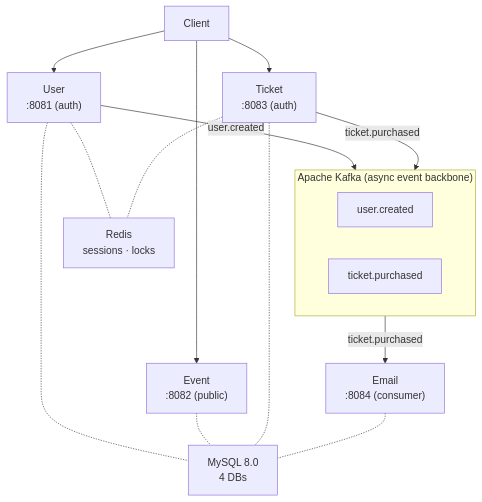
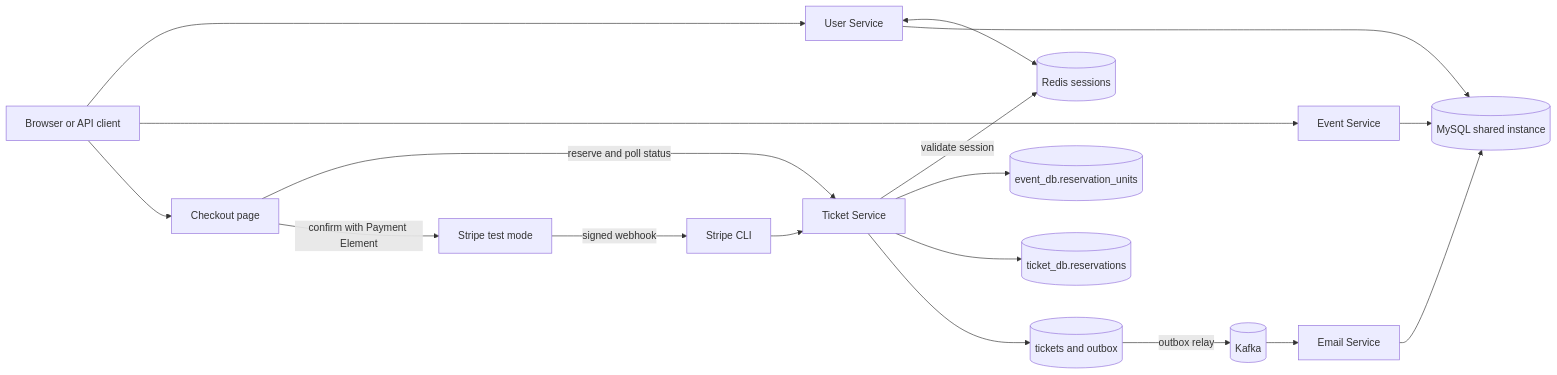
One commit to RyanOngWK/Event-Ticket-Booking-Platform changed the diagram in README.md. Above: the diagram before and after it, drawn with Mermaid. The commit also changed other lines of this file and 42 other files, not shown here.

Commit message:
removed redis instance

````diff
--- a/README.md
+++ b/README.md
@@ -54,32 +23,34 @@
 ```mermaid
-graph TD
+flowchart LR
+    Client[Browser or API client]
+    User[User Service]
+    Event[Event Service]
+    Ticket[Ticket Service]
+    Checkout[Checkout page]
+    Stripe[Stripe test mode]
+    CLI[Stripe CLI]
+    Redis[(Redis sessions)]
+    MySQL[(MySQL shared instance)]
+    Units[(event_db.reservation_units)]
+    Reservations[(ticket_db.reservations)]
+    Tickets[(tickets and outbox)]
+    Kafka[(Kafka)]
+    Email[Email Service]
+
     Client --> User
     Client --> Event
-    Client --> Ticket
-
-    User["User<br/>:8081 (auth)"]
-    Event["Event<br/>:8082 (public)"]
-    Ticket["Ticket<br/>:8083 (auth)"]
-
-    subgraph Kafka["Apache Kafka (async event backbone)"]
-        direction LR
-        uc[user.created]
-        tp[ticket.purchased]
-    end
-
-    User -->|"user.created"| Kafka
-    Ticket -->|"ticket.purchased"| Kafka
-
-    Email["Email<br/>:8084 (consumer)"]
-    Kafka -->|"ticket.purchased"| Email
-
-    Redis["Redis<br/>sessions · locks"]
-    MySQL["MySQL 8.0<br/>4 DBs"]
-
-    User -.- Redis
-    Ticket -.- Redis
-    User -.- MySQL
-    Event -.- MySQL
-    Ticket -.- MySQL
-    Email -.- MySQL
+    Client --> Checkout
+    Checkout -->|reserve and poll status| Ticket
+    Checkout -->|confirm with Payment Element| Stripe
+    Stripe -->|signed webhook| CLI --> Ticket
+    User <--> Redis
+    Ticket -->|validate session| Redis
+    User --> MySQL
+    Event --> MySQL
+    Ticket --> Units
+    Ticket --> Reservations
+    Ticket --> Tickets
+    Tickets -->|outbox relay| Kafka
+    Kafka --> Email
+    Email --> MySQL
 ```
````
